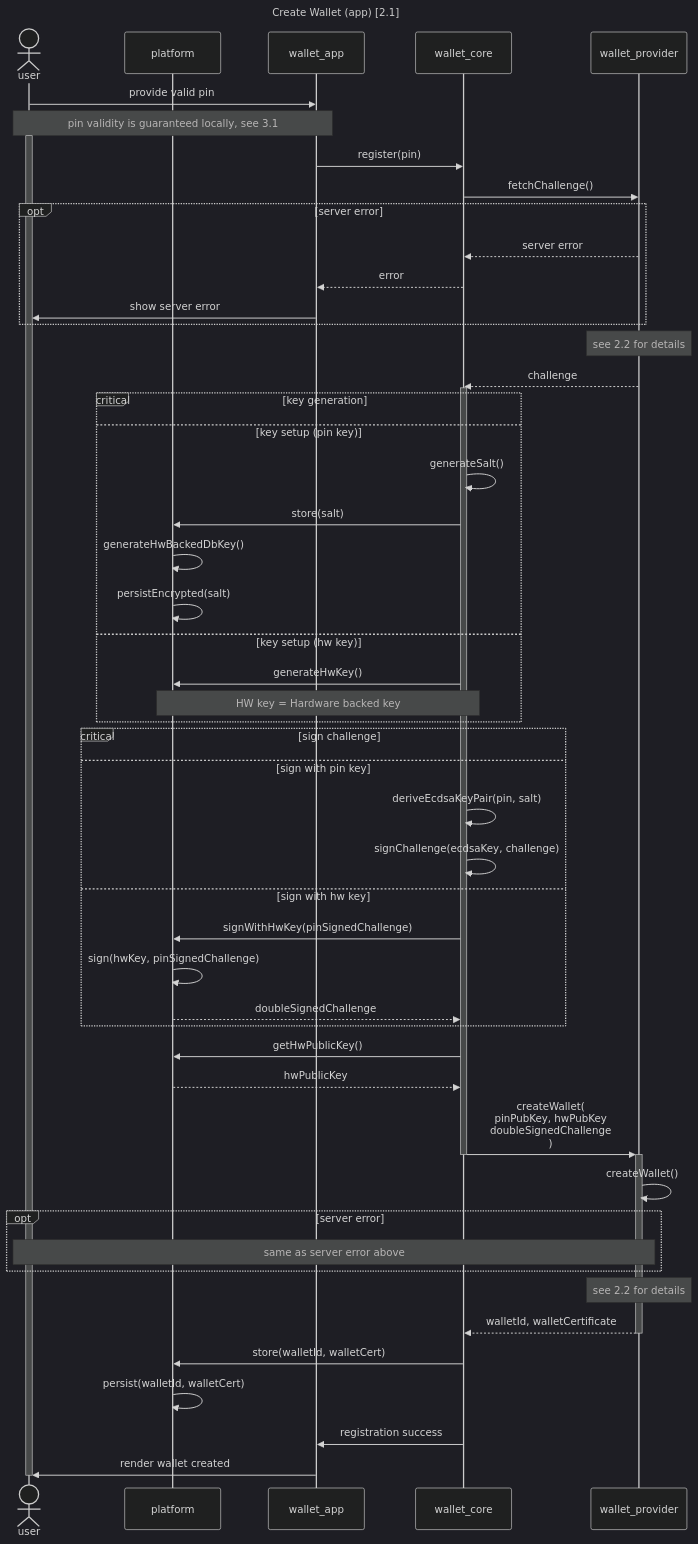
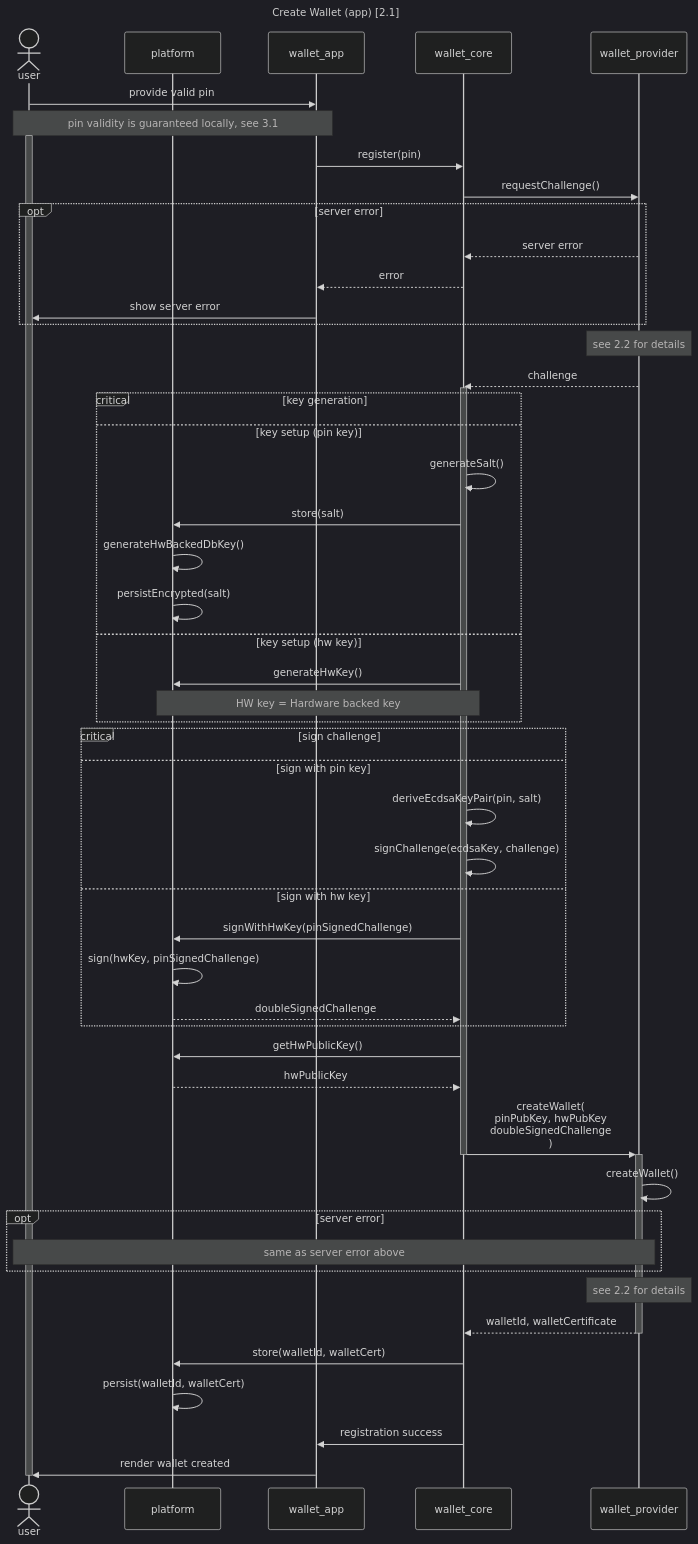
The first of 2 diagrams in documentation/flows/wallet_creation.md (MinBZK/nl-wallet), drawn with Mermaid (dark theme) before and after one commit. The commit also changed other lines of this file, not shown here.

Commit message:
Naming consistency in documentation

````diff
--- a/documentation/flows/wallet_creation.md
+++ b/documentation/flows/wallet_creation.md
@@ -7,58 +7,58 @@
 ```mermaid
 sequenceDiagram
     %% Force ordering by explicitly setting up participants
     actor user
     participant platform
     participant wallet_app
     participant wallet_core
     participant wallet_provider
     title Create Wallet (app) [2.1]
 
     user->>wallet_app: provide valid pin
     note over user, wallet_app: pin validity is guaranteed locally, see 3.1
     activate user
         wallet_app->>wallet_core: register(pin)
-        wallet_core->>wallet_provider: fetchChallenge()
+        wallet_core->>wallet_provider: requestChallenge()
         opt server error
         wallet_provider-->>wallet_core: server error
             wallet_core-->>wallet_app: error
             wallet_app->>user: show server error
         end
         note over wallet_provider,wallet_provider: see 2.2 for details
         wallet_provider-->>wallet_core: challenge
         activate wallet_core
         critical key generation
             option key setup (pin key)
                 wallet_core->>wallet_core: generateSalt()
                 wallet_core->>platform: store(salt)
                 platform->>platform: generateHwBackedDbKey()
                 platform->>platform: persistEncrypted(salt)
             option key setup (hw key)
                 wallet_core->>platform: generateHwKey()
                 note over platform, wallet_core: HW key = Hardware backed key
         end
         critical sign challenge
             option sign with pin key
                 wallet_core->>wallet_core: deriveEcdsaKeyPair(pin, salt)
                 wallet_core->>wallet_core: signChallenge(ecdsaKey, challenge)
             option sign with hw key
                 wallet_core->>platform: signWithHwKey(pinSignedChallenge)
                 platform->>platform: sign(hwKey, pinSignedChallenge)
                 platform-->>wallet_core: doubleSignedChallenge
         end
         wallet_core->>platform: getHwPublicKey()
         platform-->>wallet_core: hwPublicKey
         wallet_core->>+wallet_provider: createWallet(<br/>pinPubKey, hwPubKey<br/>doubleSignedChallenge<br/>)
         deactivate wallet_core
         wallet_provider->>wallet_provider: createWallet()
         opt server error
             note over wallet_provider,user: same as server error above
         end
         note over wallet_provider,wallet_provider: see 2.2 for details
         wallet_provider-->>-wallet_core: walletId, walletCertificate
         wallet_core->>platform: store(walletId, walletCert)
         platform->>platform: persist(walletId, walletCert)
         wallet_core->>wallet_app: registration success
         wallet_app->>user: render wallet created
     deactivate user
 ```
````
